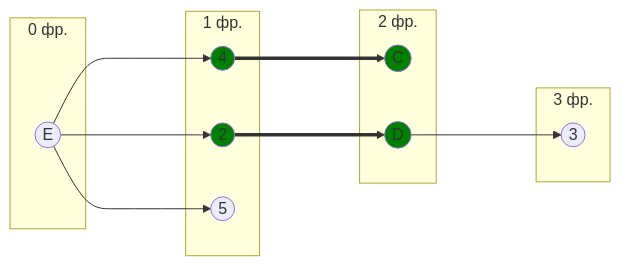
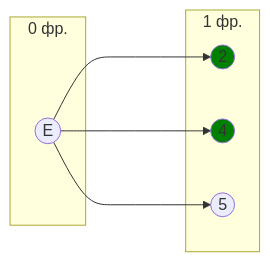
Before and after one commit to algos-ris-24-5/manual-tasks: the fifth of 10 diagrams in Задание 8/NEXUS.md, drawn with Mermaid. The commit also changed other lines of this file, not shown here.

````diff
--- a/Задание 8/NEXUS.md
+++ b/Задание 8/NEXUS.md
@@ -203,26 +203,17 @@
 ```mermaid
 graph LR
     subgraph " 0 фр."
         E((E))
     end
     subgraph " 1 фр."
         2((2))
         4((4))
         5((5))
     end
-    subgraph " 2 фр."
-        C((C))
-        D((D))
-    end
-    subgraph " 3 фр."
-        3((3))
-    end
-    E ---> 2 ===> D ---> 3
-    E ---> 4 ===> C
+    E ---> 2
+    E ---> 4
     E ---> 5 
     
-    style D fill:#008000
-    style C fill:#008000
     style 4 fill:#008000
     style 2 fill:#008000
 ```
````
